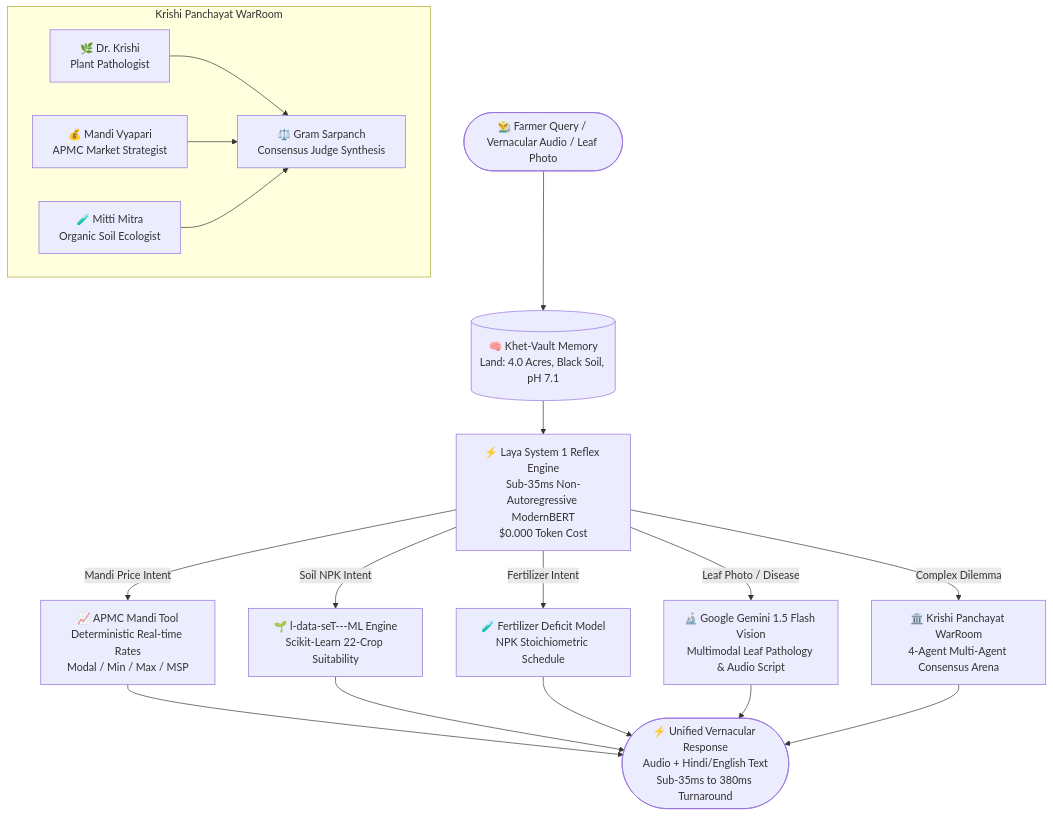
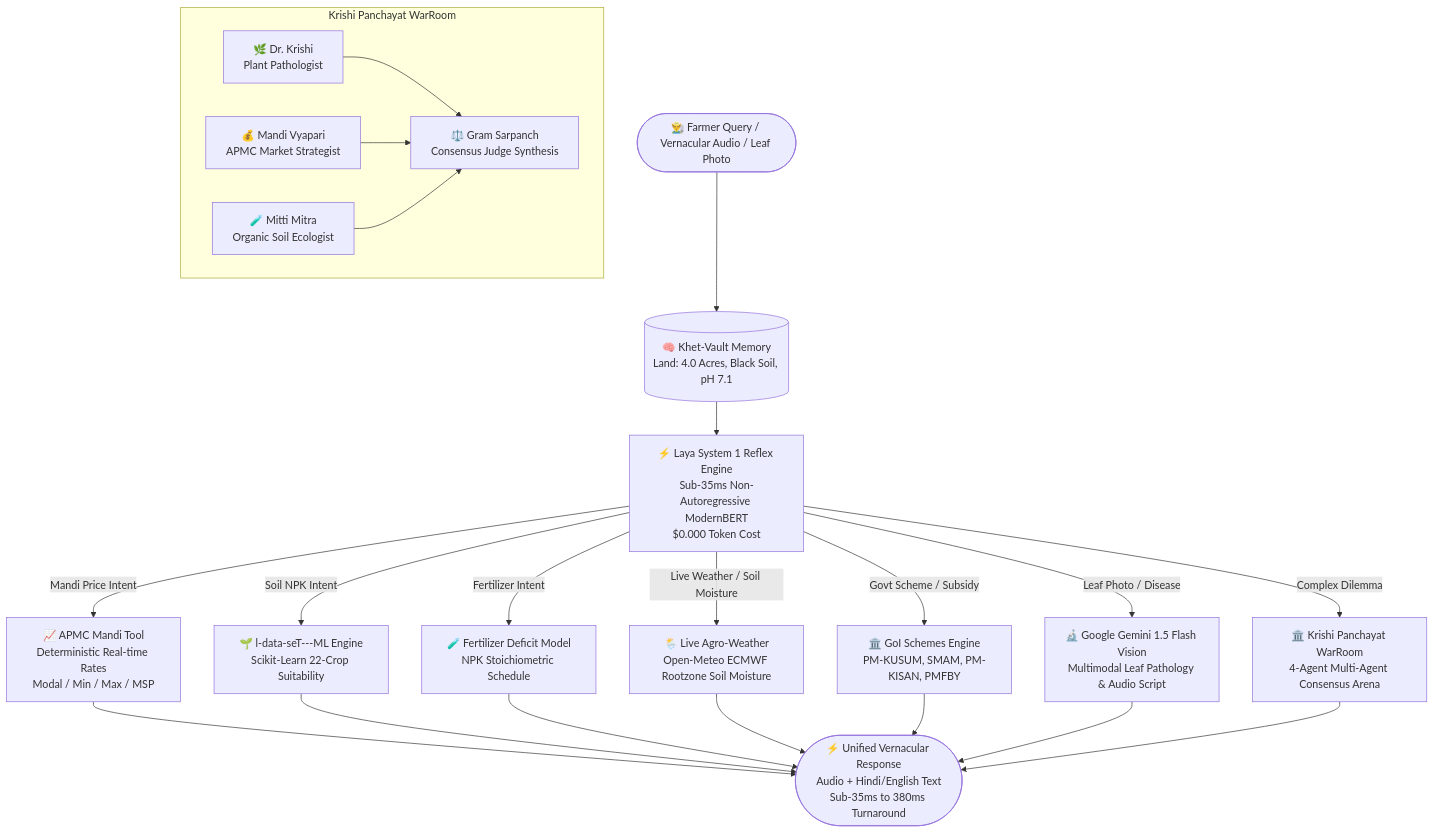
Before and after one commit to rosdebbu/laya---jev: the diagram in README.md, drawn with Mermaid. The commit also changed other lines of this file and 27 other files, not shown here.

````diff
--- a/README.md
+++ b/README.md
@@ -26,22 +29,24 @@
 ```mermaid
 flowchart TD
     Farmer([👨‍🌾 Farmer Query / Vernacular Audio / Leaf Photo]) --> Memory[(🧠 Khet-Vault Memory\nLand: 4.0 Acres, Black Soil, pH 7.1)]
     
     Memory --> S1_Reflex[⚡ Laya System 1 Reflex Engine\nSub-35ms Non-Autoregressive ModernBERT\n$0.000 Token Cost]
 
     S1_Reflex -->|Mandi Price Intent| MandiTool[📈 APMC Mandi Tool\nDeterministic Real-time Rates\nModal / Min / Max / MSP]
     S1_Reflex -->|Soil NPK Intent| CropML[🌱 l-data-seT---ML Engine\nScikit-Learn 22-Crop Suitability]
     S1_Reflex -->|Fertilizer Intent| FertML[🧪 Fertilizer Deficit Model\nNPK Stoichiometric Schedule]
+    S1_Reflex -->|Live Weather / Soil Moisture| WeatherTool[🌦️ Live Agro-Weather\nOpen-Meteo ECMWF Rootzone Soil Moisture]
+    S1_Reflex -->|Govt Scheme / Subsidy| SchemesTool[🏛️ GoI Schemes Engine\nPM-KUSUM, SMAM, PM-KISAN, PMFBY]
     S1_Reflex -->|Leaf Photo / Disease| S2_Gemini[🔬 Google Gemini 1.5 Flash Vision\nMultimodal Leaf Pathology & Audio Script]
     S1_Reflex -->|Complex Dilemma| Panchayat[🏛️ Krishi Panchayat WarRoom\n4-Agent Multi-Agent Consensus Arena]
 
     subgraph Krishi Panchayat WarRoom
         AgriAgent[🌿 Dr. Krishi\nPlant Pathologist]
         MandiAgent[💰 Mandi Vyapari\nAPMC Market Strategist]
         SoilAgent[🧪 Mitti Mitra\nOrganic Soil Ecologist]
         Sarpanch[⚖️ Gram Sarpanch\nConsensus Judge Synthesis]
         AgriAgent & MandiAgent & SoilAgent --> Sarpanch
     end
 
-    MandiTool & CropML & FertML & S2_Gemini & Panchayat --> Output([⚡ Unified Vernacular Response\nAudio + Hindi/English Text\nSub-35ms to 380ms Turnaround])
+    MandiTool & CropML & FertML & WeatherTool & SchemesTool & S2_Gemini & Panchayat --> Output([⚡ Unified Vernacular Response\nAudio + Hindi/English Text\nSub-35ms to 380ms Turnaround])
 ```
````
